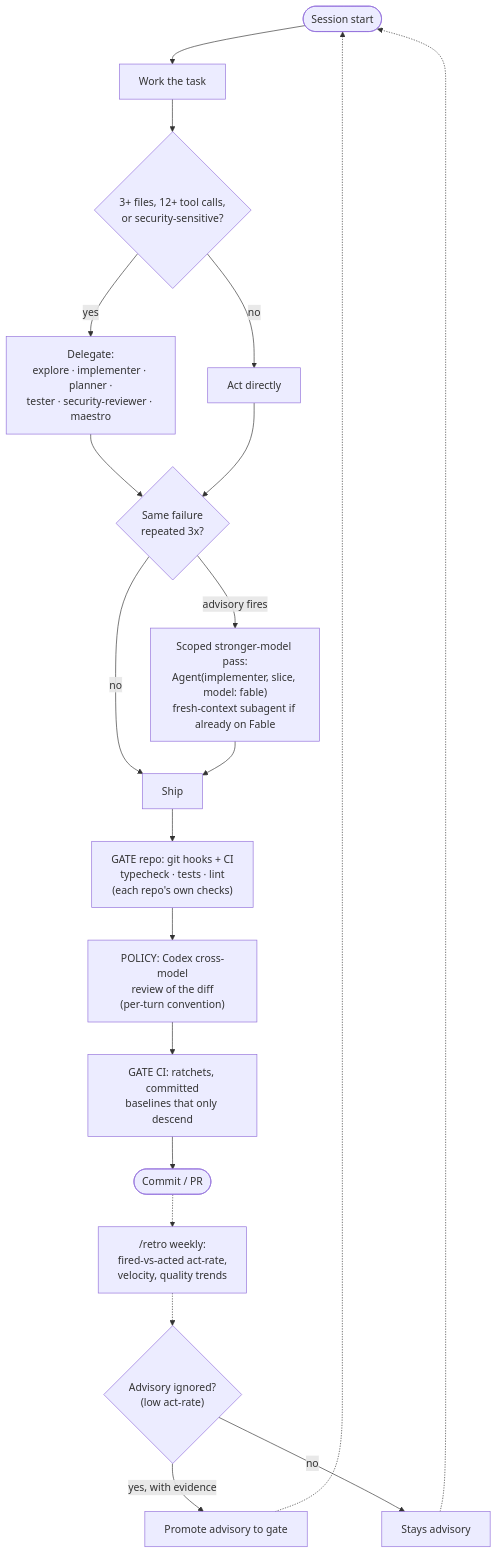
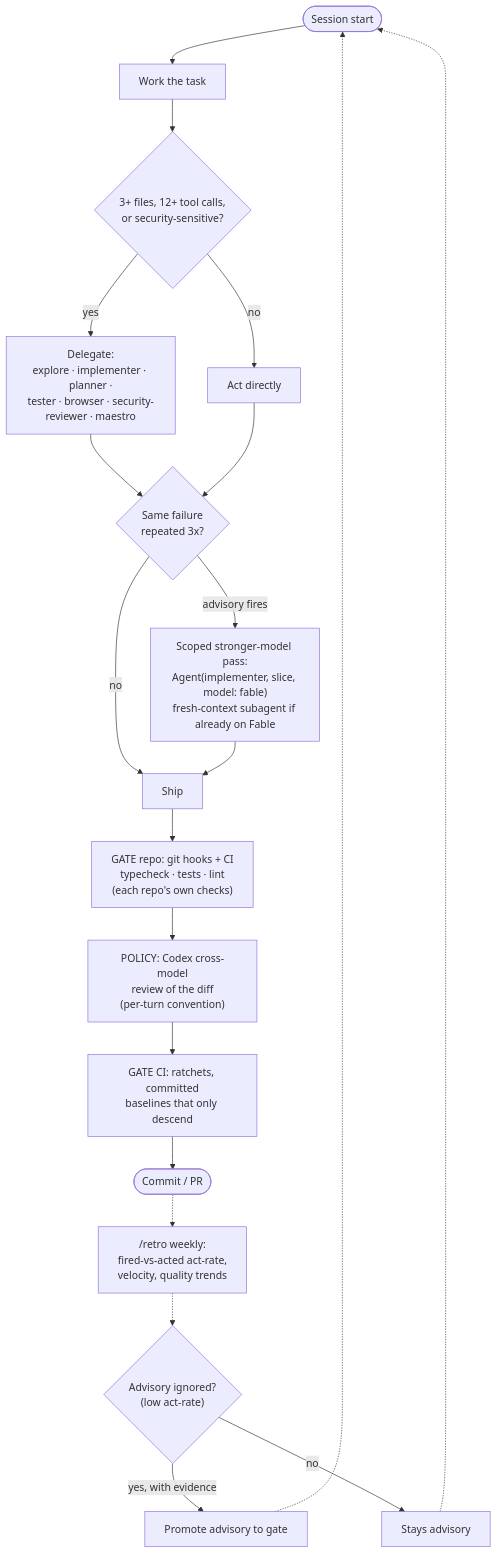
One commit to darkroomengineering/cc-settings changed the diagram in docs/the-flow.md. Above: the diagram before and after it, drawn with Mermaid. The commit also changed 24 other files, not shown here.

````diff
--- a/docs/the-flow.md
+++ b/docs/the-flow.md
@@ -5,22 +5,22 @@
 ```mermaid
 flowchart TB
     A([Session start]) --> B[Work the task]
     B --> C{"3+ files, 12+ tool calls,<br/>or security-sensitive?"}
-    C -- yes --> D["Delegate:<br/>explore · implementer · planner ·<br/>tester · security-reviewer · maestro"]
+    C -- yes --> D["Delegate:<br/>explore · implementer · planner ·<br/>tester · browser · security-reviewer · maestro"]
     C -- no --> E[Act directly]
     D --> F{"Same failure<br/>repeated 3x?"}
     E --> F
     F -- "advisory fires" --> G["Scoped stronger-model pass:<br/>Agent(implementer, slice, model: fable)<br/>fresh-context subagent if already on Fable"]
     F -- no --> H
     G --> H[Ship]
     H --> I["GATE repo: git hooks + CI<br/>typecheck · tests · lint<br/>(each repo's own checks)"]
     I --> J["POLICY: Codex cross-model<br/>review of the diff<br/>(per-turn convention)"]
     J --> K["GATE CI: ratchets, committed<br/>baselines that only descend"]
     K --> L([Commit / PR])
     L -.-> M["/retro weekly:<br/>fired-vs-acted act-rate,<br/>velocity, quality trends"]
     M -.-> N{"Advisory ignored?<br/>(low act-rate)"}
     N -- "yes, with evidence" --> O["Promote advisory to gate"]
     N -- no --> P[Stays advisory]
     O -.-> A
     P -.-> A
 ```
````
